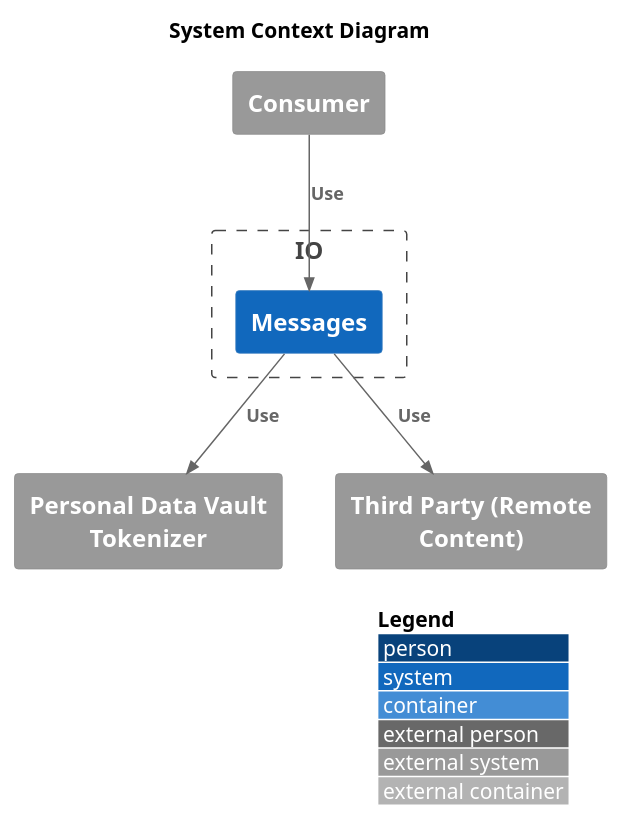
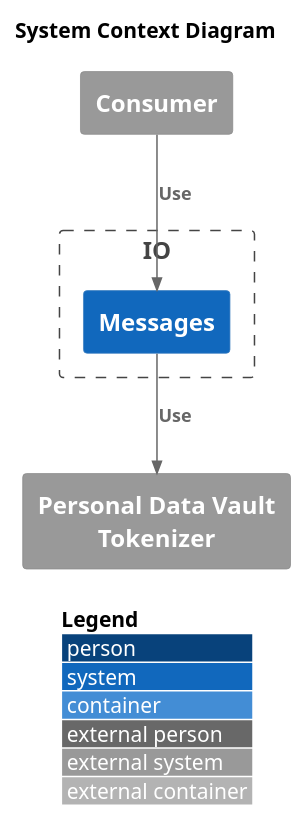
One commit to pagopa/io-messages changed the diagram in docs/data-plan/system-context.puml. Above: the diagram before and after it, drawn with PlantUML. The commit also changed 23 other files, not shown here.

```diff
--- a/docs/data-plan/system-context.puml
+++ b/docs/data-plan/system-context.puml
@@ -1,22 +1,20 @@
 @startuml data-plan-system-context
 !include <C4/C4_Context>
 !include <C4/C4_Container>
 
 LAYOUT_WITH_LEGEND()
 
 title System Context Diagram
 
 System_Ext(consumer, "Consumer")
 
 Boundary(io, "IO") {
   System(io_msgs, "Messages")
 }
 
 System_Ext(pdv, "Personal Data Vault Tokenizer")
-System_Ext(tp, "Third Party (Remote Content)")
 
 Rel(consumer, io_msgs, "Use")
 Rel(io_msgs, pdv, "Use")
-Rel(io_msgs, tp, "Use")
 
 @enduml
```
